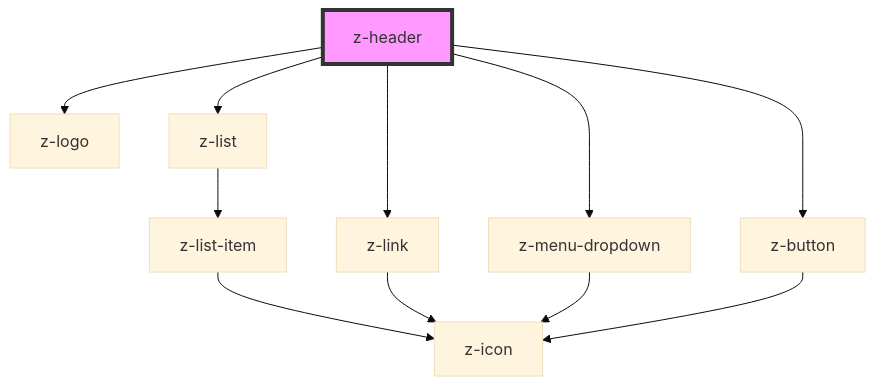
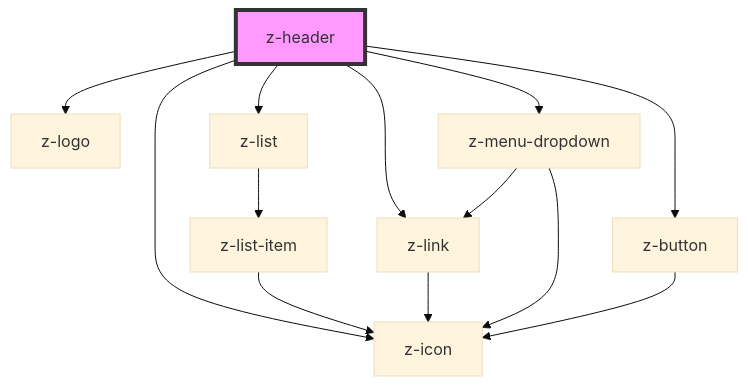
The diagram in web-components-library/src/components/z-header/readme.md (ZanichelliEditore/design-system), drawn with Mermaid (base theme) before and after one commit. The commit also changed other lines of this file and 12 other files, not shown here.

````diff
--- a/web-components-library/src/components/z-header/readme.md
+++ b/web-components-library/src/components/z-header/readme.md
@@ -30,14 +31,16 @@
 ```mermaid
 graph TD;
   z-header --> z-logo
   z-header --> z-list
   z-header --> z-link
   z-header --> z-menu-dropdown
   z-header --> z-button
+  z-header --> z-icon
   z-list --> z-list-item
   z-list-item --> z-icon
   z-link --> z-icon
+  z-menu-dropdown --> z-link
   z-menu-dropdown --> z-icon
   z-button --> z-icon
   style z-header fill:#f9f,stroke:#333,stroke-width:4px
 ```
````
